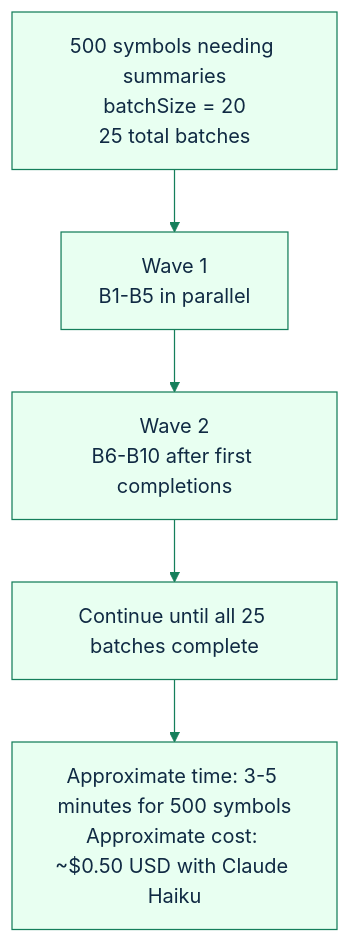
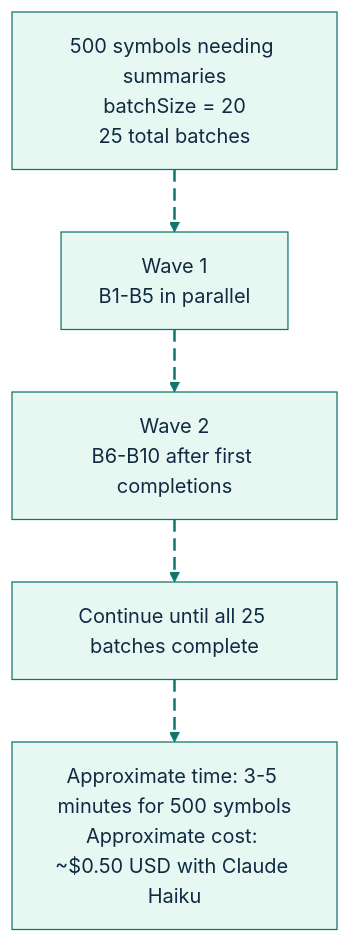
Diagram 12 of 13 in docs/feature-deep-dives/semantic-engine.md (GlitterKill/sdl-mcp), drawn with Mermaid before and after one commit. The commit also changed other lines of this file and 33 other files, not shown here.

First line of the commit message:
docs: update mermaid diagram themes and styling across documentation

````diff
--- a/docs/feature-deep-dives/semantic-engine.md
+++ b/docs/feature-deep-dives/semantic-engine.md
@@ -605,8 +706,17 @@
 ```mermaid
-%%{init: {"theme":"base","themeVariables":{"primaryColor":"#e8fff1","primaryBorderColor":"#157f5b","primaryTextColor":"#102a43","secondaryColor":"#eef6ff","secondaryBorderColor":"#2563eb","tertiaryColor":"#fff4d6","tertiaryBorderColor":"#b45309","lineColor":"#157f5b","fontFamily":"Trebuchet MS, Arial"},"flowchart":{"curve":"basis"}}}%%
+%%{init: {"theme":"base","themeVariables":{"background":"#ffffff","primaryColor":"#E7F8F2","primaryBorderColor":"#0F766E","primaryTextColor":"#102A43","secondaryColor":"#E8F1FF","secondaryBorderColor":"#2563EB","secondaryTextColor":"#102A43","tertiaryColor":"#FFF4D6","tertiaryBorderColor":"#B45309","tertiaryTextColor":"#102A43","lineColor":"#0F766E","textColor":"#102A43","fontFamily":"Inter, ui-sans-serif, system-ui, -apple-system, BlinkMacSystemFont, Segoe UI, sans-serif"},"flowchart":{"curve":"basis","htmlLabels":true}}}%%
 flowchart TD
-    Total["500 symbols needing summaries<br/>batchSize = 20<br/>25 total batches"] --> Wave1["Wave 1<br/>B1-B5 in parallel"]
-    Wave1 --> Wave2["Wave 2<br/>B6-B10 after first completions"]
-    Wave2 --> Remaining["Continue until all 25 batches complete"]
-    Remaining --> Time["Approximate time: 3-5 minutes for 500 symbols<br/>Approximate cost: ~$0.50 USD with Claude Haiku"]
+    Total["500 symbols needing summaries<br/>batchSize = 20<br/>25 total batches"] e1@--> Wave1["Wave 1<br/>B1-B5 in parallel"]
+    Wave1 e2@--> Wave2["Wave 2<br/>B6-B10 after first completions"]
+    Wave2 e3@--> Remaining["Continue until all 25 batches complete"]
+    Remaining e4@--> Time["Approximate time: 3-5 minutes for 500 symbols<br/>Approximate cost: ~$0.50 USD with Claude Haiku"]
+
+    classDef source fill:#E7F8F2,stroke:#0F766E,stroke-width:2px,color:#102A43;
+    classDef process fill:#E8F1FF,stroke:#2563EB,stroke-width:2px,color:#102A43;
+    classDef decision fill:#FFF4D6,stroke:#B45309,stroke-width:2px,color:#102A43;
+    classDef storage fill:#F2E8FF,stroke:#7C3AED,stroke-width:2px,color:#102A43;
+    classDef output fill:#FFE8EF,stroke:#BE123C,stroke-width:2px,color:#102A43;
+    classDef muted fill:#F8FAFC,stroke:#64748B,stroke-width:1px,color:#102A43;
+    classDef animate stroke:#0F766E,stroke-width:2px,stroke-dasharray:10\,5,stroke-dashoffset:900,animation:dash 22s linear infinite;
+    class e1,e2,e3,e4 animate;
 ```
````
